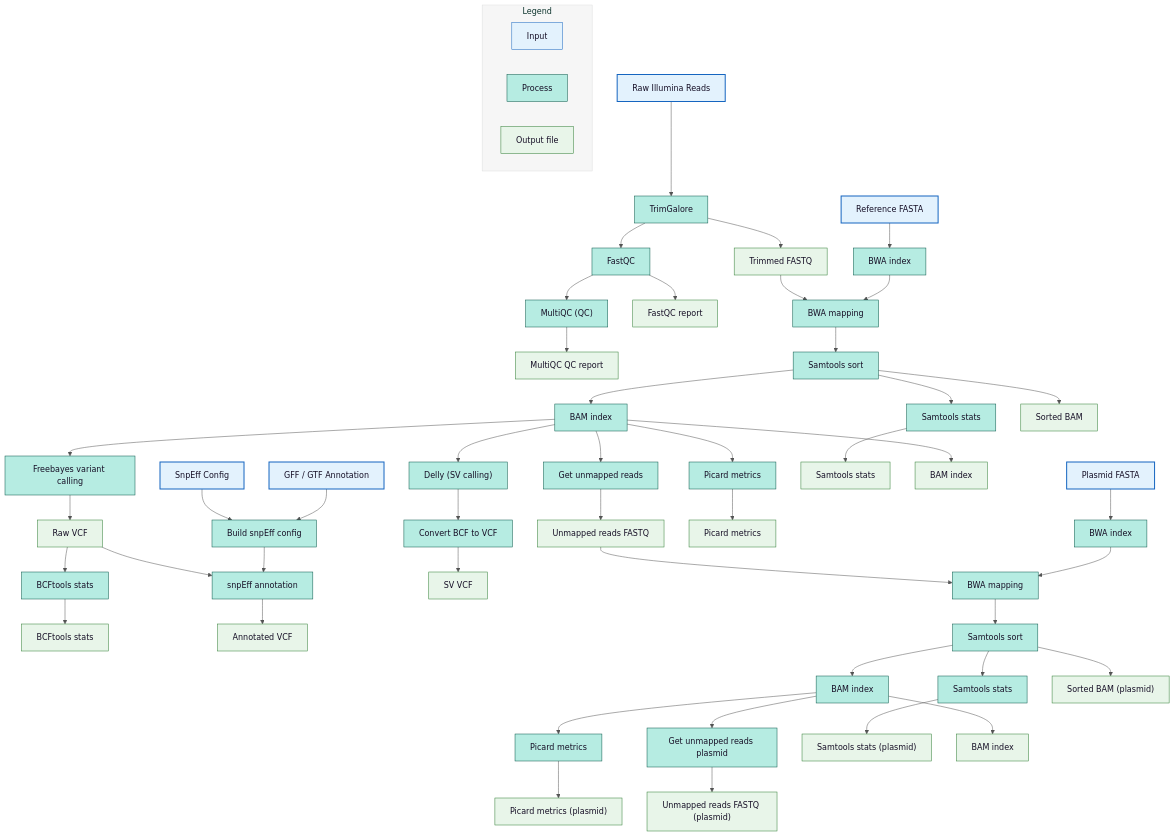
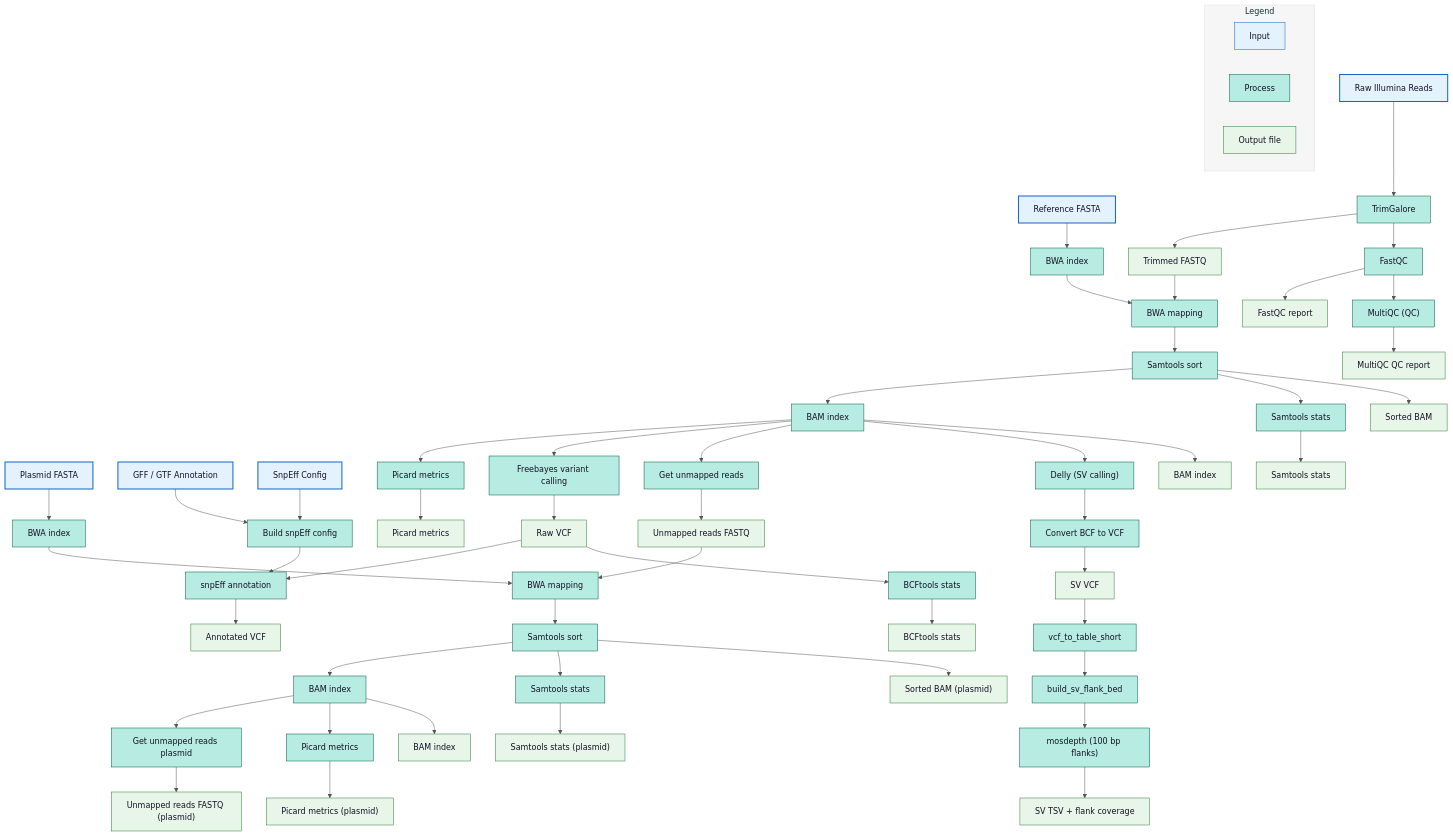
The diagram in docs/outputs/illumina.md (denisHanch/efsa_pipeline), drawn with Mermaid before and after one commit. The commit also changed other lines of this file and 11 other files, not shown here.

Commit message:
EFSA-247: mosdepth added to calculate coverage around the event

```diff
--- a/docs/outputs/illumina.md
+++ b/docs/outputs/illumina.md
@@ -70,7 +70,12 @@
 %% ===== SHORT REF SV PIPELINE (Delly) =====
 DELLY["Delly (SV calling)"]
 BCF2VCF["Convert BCF to VCF"]
+VCF2TABLE_SHORT["vcf_to_table_short"]
+BUILD_BED_SHORT["build_sv_flank_bed"]
+MOSDEPTH_SHORT["mosdepth (100 bp flanks)"]
+SV_TSV_SHORT["SV TSV + flank coverage"]:::output
 BAM_IDX --> DELLY --> BCF2VCF --> SV_VCF["SV VCF"]:::output
+SV_VCF --> VCF2TABLE_SHORT --> BUILD_BED_SHORT --> MOSDEPTH_SHORT --> SV_TSV_SHORT
 
 BAM_IDX --> GET_UNMAPPED --> UNMAPPED_OUT["Unmapped reads FASTQ"]:::output
 
```
